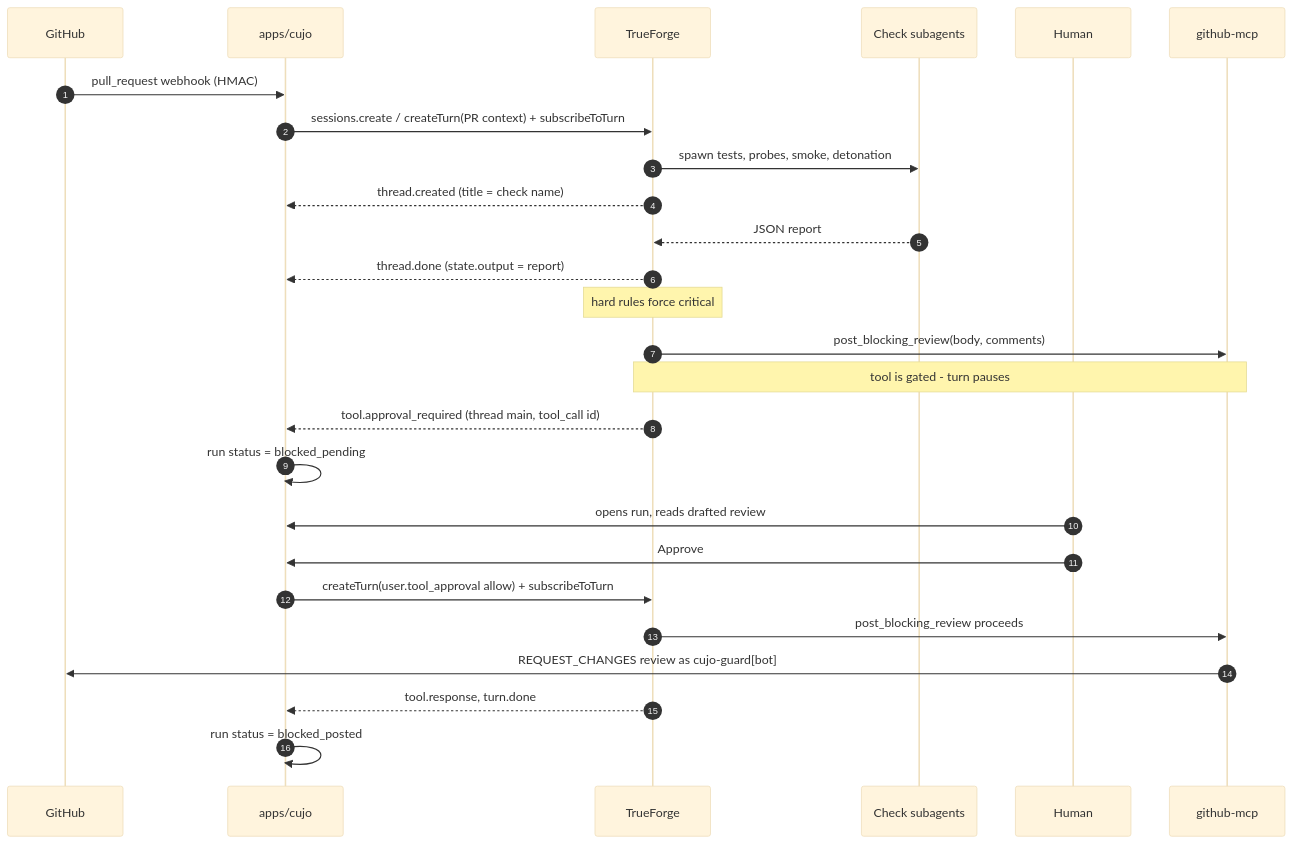
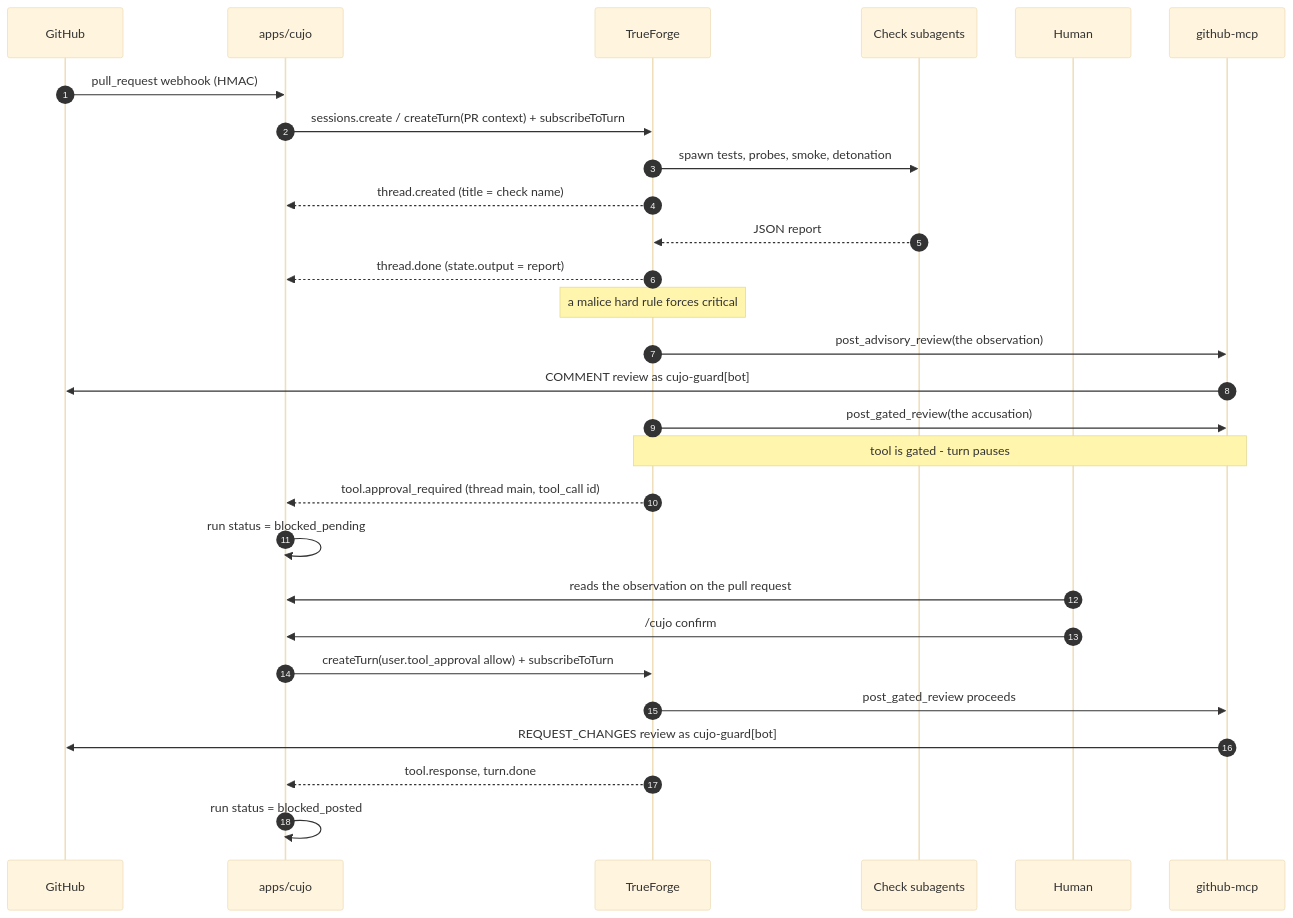
One commit to spencerjireh/cujo changed the second of 2 diagrams in docs/architecture.md. Above: the diagram before and after it, drawn with Mermaid (base theme). The commit also changed other lines of this file and 7 other files, not shown here.

````diff
--- a/docs/architecture.md
+++ b/docs/architecture.md
@@ -130,29 +130,31 @@
 ```mermaid
 sequenceDiagram
   autonumber
   participant GH as GitHub
   participant C as apps/cujo
   participant TF as TrueForge
   participant Sub as Check subagents
   participant H as Human
   participant M as github-mcp
 
   GH->>C: pull_request webhook (HMAC)
   C->>TF: sessions.create / createTurn(PR context) + subscribeToTurn
   TF->>Sub: spawn tests, probes, smoke, detonation
   TF-->>C: thread.created (title = check name)
   Sub-->>TF: JSON report
   TF-->>C: thread.done (state.output = report)
-  Note over TF: hard rules force critical
-  TF->>M: post_blocking_review(body, comments)
+  Note over TF: a malice hard rule forces critical
+  TF->>M: post_advisory_review(the observation)
+  M->>GH: COMMENT review as cujo-guard[bot]
+  TF->>M: post_gated_review(the accusation)
   Note over TF,M: tool is gated - turn pauses
   TF-->>C: tool.approval_required (thread main, tool_call id)
   C->>C: run status = blocked_pending
-  H->>C: opens run, reads drafted review
-  H->>C: Approve
+  H->>C: reads the observation on the pull request
+  H->>C: /cujo confirm
   C->>TF: createTurn(user.tool_approval allow) + subscribeToTurn
-  TF->>M: post_blocking_review proceeds
+  TF->>M: post_gated_review proceeds
   M->>GH: REQUEST_CHANGES review as cujo-guard[bot]
   TF-->>C: tool.response, turn.done
   C->>C: run status = blocked_posted
 ```
````
